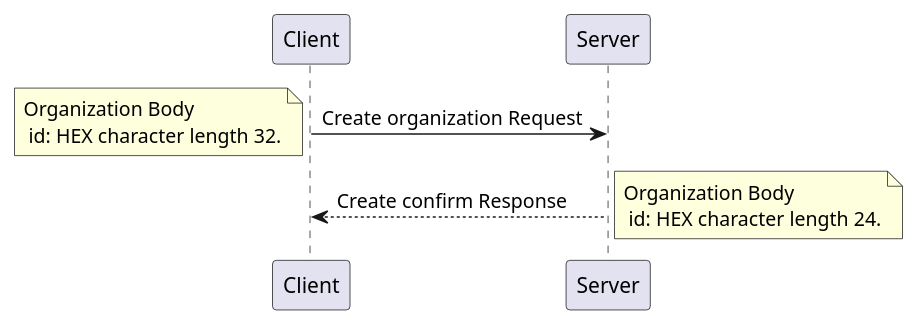
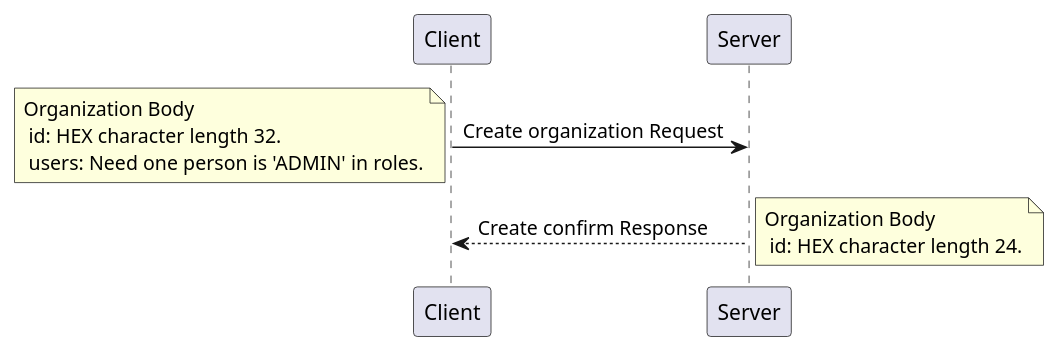
The diagram in uml/create_organization.plantuml (ffc-nectec/api-doc), drawn with PlantUML before and after one commit. The commit also changed 1 other file, not shown here.

Commit message:
update org uml

```diff
--- a/uml/create_organization.plantuml
+++ b/uml/create_organization.plantuml
@@ -1,8 +1,8 @@
 @startuml
 Client -> Server: Create organization Request
-note left: Organization Body\n id: HEX character length 32.
+note left: Organization Body\n id: HEX character length 32.\n users: Need one person is 'ADMIN' in roles.
 
 Server --> Client: Create confirm Response
 note right: Organization Body\n id: HEX character length 24.
 
 @enduml
```
